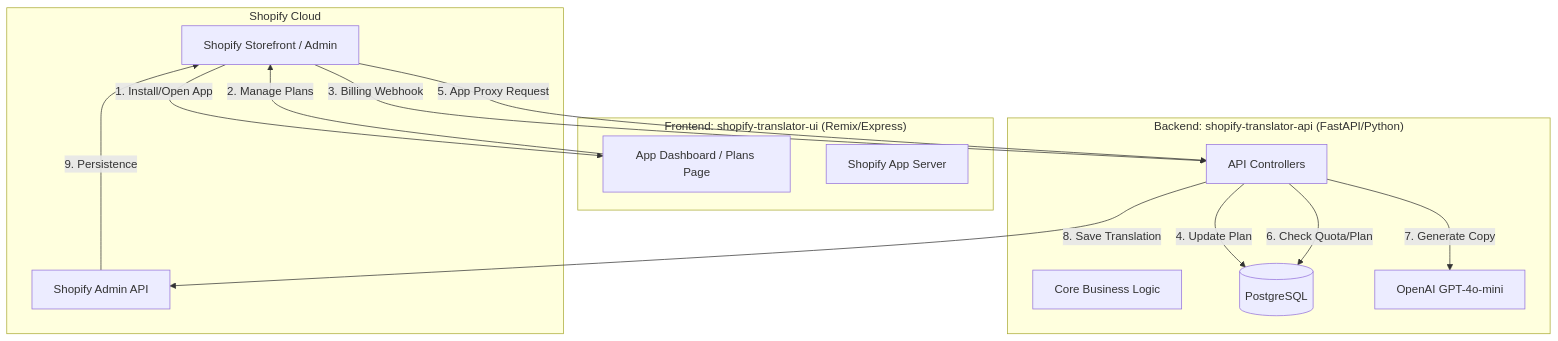
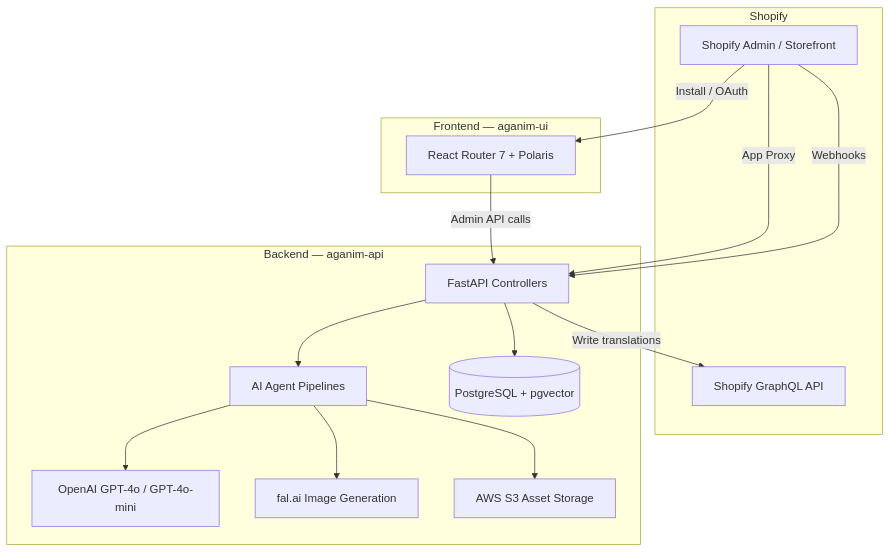
One commit to prithvi10/aganim-api changed the diagram in README.md. Above: the diagram before and after it, drawn with Mermaid. The commit also changed other lines of this file, not shown here.

Commit message:
Update README.md to reflect project rebranding and architecture changes

````diff
--- a/README.md
+++ b/README.md
@@ -27,32 +38,31 @@
 ```mermaid
 graph TD
-    subgraph "Shopify Cloud"
-        Store[Shopify Storefront / Admin]
-        API_S[Shopify Admin API]
+    subgraph "Shopify"
+        Store[Shopify Admin / Storefront]
+        GQL[Shopify GraphQL API]
     end
 
-    subgraph "Frontend: shopify-translator-ui (Remix/Express)"
-        UI[App Dashboard / Plans Page]
-        ServerUI[Shopify App Server]
+    subgraph "Frontend — aganim-ui"
+        UI[React Router 7 + Polaris]
     end
 
-    subgraph "Backend: shopify-translator-api (FastAPI/Python)"
-        FastAPI[API Controllers]
-        Core[Core Business Logic]
-        DB[(PostgreSQL)]
-        LLM[OpenAI GPT-4o-mini]
+    subgraph "Backend — aganim-api"
+        API[FastAPI Controllers]
+        Agents[AI Agent Pipelines]
+        DB[(PostgreSQL + pgvector)]
+        LLM[OpenAI GPT-4o / GPT-4o-mini]
+        IMG[fal.ai Image Generation]
+        S3[AWS S3 Asset Storage]
     end
 
-    %% Flow 1: Installation & Billing
-    Store -- 1. Install/Open App --> UI
-    UI -- 2. Manage Plans --> Store
-    Store -- 3. Billing Webhook --> FastAPI
-    FastAPI -- 4. Update Plan --> DB
-
-    %% Flow 2: Product Translation (The "Magic")
-    Store -- 5. App Proxy Request --> FastAPI
-    FastAPI -- 6. Check Quota/Plan --> DB
-    FastAPI -- 7. Generate Copy --> LLM
-    FastAPI -- 8. Save Translation --> API_S
-    API_S -- 9. Persistence --> Store
+    Store -->|Install / OAuth| UI
+    UI -->|Admin API calls| API
+    Store -->|App Proxy| API
+    Store -->|Webhooks| API
+    API --> Agents
+    Agents --> LLM
+    Agents --> IMG
+    Agents --> S3
+    API --> DB
+    API -->|Write translations| GQL
 ```
````
